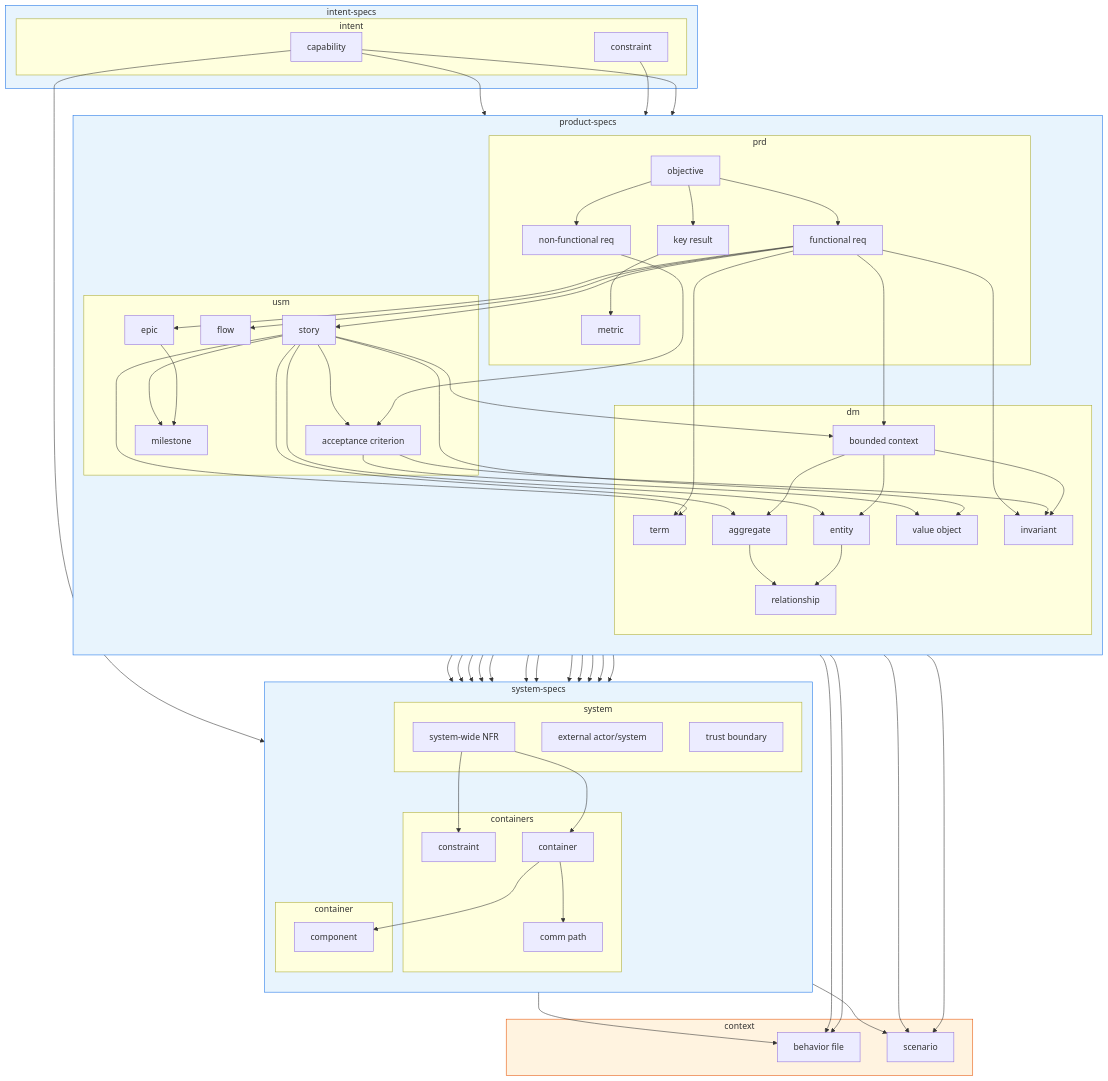
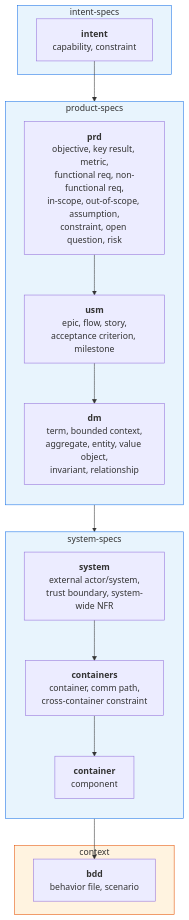
The second of 5 diagrams in v02/vibeloom-methodology.md (dahans-msft2/vibeloom-copilot-cli), drawn with Mermaid before and after one commit. The commit also changed other lines of this file and 1 other file, not shown here.

Commit message:
Simplify methodology graph diagram and switch Mermaid server

````diff
--- a/v02/vibeloom-methodology.md
+++ b/v02/vibeloom-methodology.md
@@ -388,131 +388,32 @@
 ```mermaid
 flowchart TD
     subgraph T1["intent-specs"]
-        subgraph INTENT["intent"]
-            cap["capability"]
-            cst_i["constraint"]
-        end
+        INTENT["<b>intent</b><br/>capability, constraint"]
     end
 
     subgraph T2["product-specs"]
         direction TB
-        subgraph PRD["prd"]
-            obj["objective"]
-            kr["key result"]
-            met["metric"]
-            fr["functional req"]
-            nfr["non-functional req"]
-        end
-        subgraph USM["usm"]
-            epic["epic"]
-            flow["flow"]
-            story["story"]
-            acc["acceptance criterion"]
-            ms["milestone"]
-        end
-        subgraph DM["dm"]
-            term["term"]
-            bc["bounded context"]
-            agg["aggregate"]
-            ent["entity"]
-            vo["value object"]
-            inv["invariant"]
-            rel["relationship"]
-        end
+        PRD["<b>prd</b><br/>objective, key result, metric,<br/>functional req, non-functional req,<br/>in-scope, out-of-scope, assumption,<br/>constraint, open question, risk"]
+        USM["<b>usm</b><br/>epic, flow, story,<br/>acceptance criterion, milestone"]
+        DM["<b>dm</b><br/>term, bounded context,<br/>aggregate, entity, value object,<br/>invariant, relationship"]
+        PRD --> USM --> DM
     end
 
     subgraph T3["system-specs"]
         direction TB
-        subgraph SYS["system"]
-            ext["external actor/system"]
-            tb["trust boundary"]
-            snfr["system-wide NFR"]
-        end
-        subgraph CONTS["containers"]
-            cont["container"]
-            edge_g["comm path"]
-            cst_c["constraint"]
-        end
-        subgraph CONTR["container"]
-            cmp["component"]
-        end
+        SYS["<b>system</b><br/>external actor/system,<br/>trust boundary, system-wide NFR"]
+        CONTS["<b>containers</b><br/>container, comm path,<br/>cross-container constraint"]
+        CONTR["<b>container</b><br/>component"]
+        SYS --> CONTS --> CONTR
     end
 
     subgraph T4["context"]
-        bdd["behavior file"]
-        scn["scenario"]
+        CTX["<b>bdd</b><br/>behavior file, scenario"]
     end
 
-    %% force vertical: tier boxes stacked
-    cst_i ~~~ obj
-    rel ~~~ ext
-    cmp ~~~ bdd
-
-    %% force vertical: prd above usm above dm
-    nfr ~~~ epic
-    acc ~~~ term
-
-    %% force vertical: system above containers above container
-    snfr ~~~ cont
-    cst_c ~~~ cmp
-
-    cap --> obj
-    cst_i --> obj
-    obj --> fr
-    obj --> nfr
-    obj --> kr
-    kr --> met
-
-    fr --> epic
-    fr --> flow
-    fr --> story
-    story --> acc
-    nfr --> acc
-    story --> ms
-    epic --> ms
-
-    cap --> term
-    fr --> bc
-    story --> bc
-    fr --> term
-    story --> term
-    story --> agg
-    bc --> agg
-    story --> ent
-    bc --> ent
-    acc --> vo
-    story --> vo
-    fr --> inv
-    acc --> inv
-    bc --> inv
-    agg --> rel
-    ent --> rel
-
-    fr --> ext
-    nfr --> ext
-    cap --> ext
-    nfr --> tb
-    nfr --> snfr
-    bc --> cont
-    nfr --> cont
-    snfr --> cont
-    cont --> edge_g
-    rel --> edge_g
-    nfr --> cst_c
-    snfr --> cst_c
-    inv --> cst_c
-
-    agg --> cmp
-    ent --> cmp
-    bc --> cmp
-    cont --> cmp
-
-    acc --> bdd
-    cmp --> bdd
-    story --> bdd
-    acc --> scn
-    inv --> scn
-    cmp --> scn
+    INTENT --> PRD
+    DM --> SYS
+    CONTR --> CTX
 
     style T1 fill:#e8f4fd,stroke:#1a73e8
     style T2 fill:#e8f4fd,stroke:#1a73e8
````
